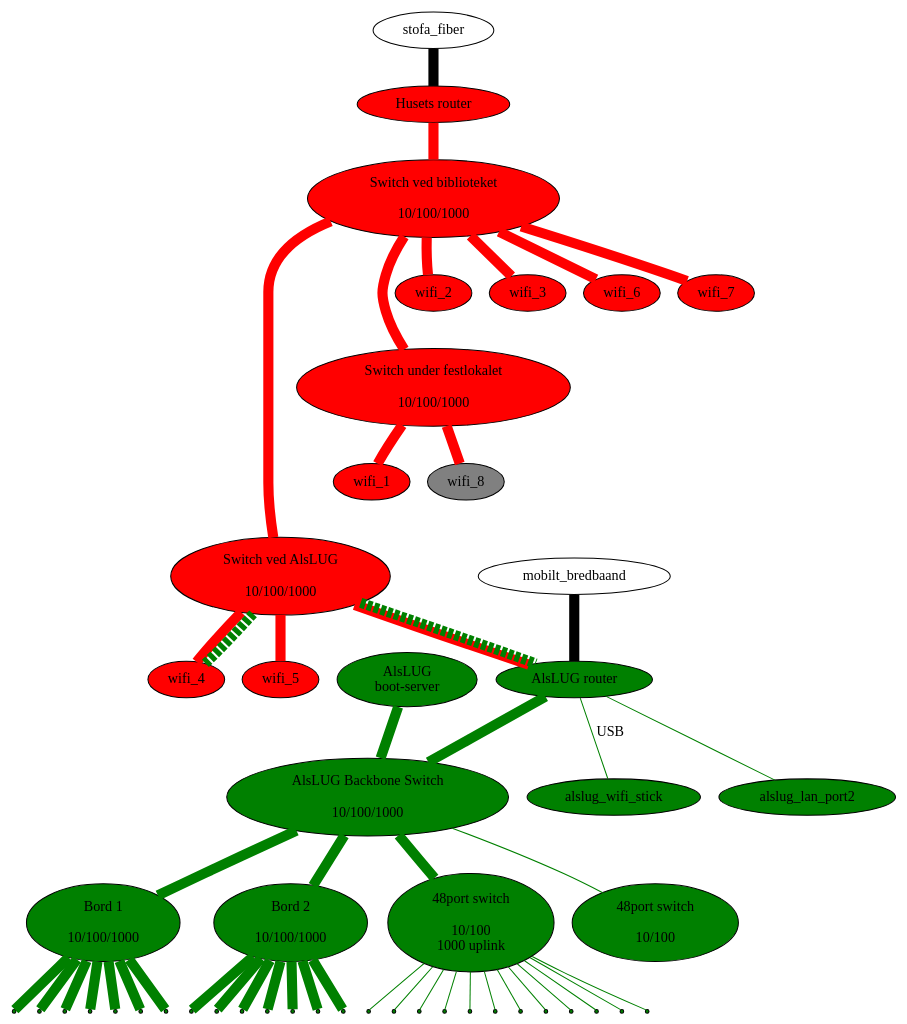
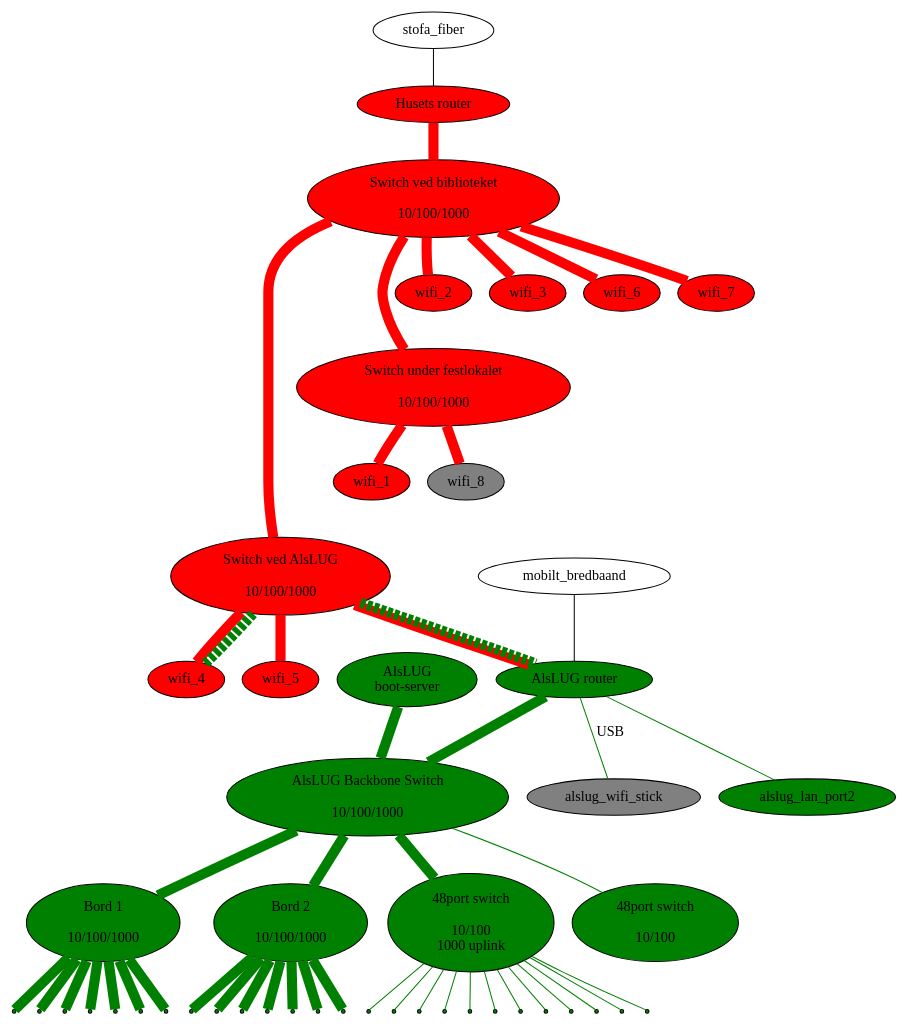
One commit to alslug/alslug.dk changed the diagram in projekter/network.dot. Above: the diagram before and after it, drawn with Graphviz.

```diff
--- a/projekter/network.dot
+++ b/projekter/network.dot
@@ -1,64 +1,66 @@
 digraph xxx {
 #  link_12a [ shape=point ];
 #  link_12b [ shape=point ];
 #  link_12c [ shape=point ];
   edge [ dir=none penwidth=10 ];
 
   node [ style=filled fillcolor=red ];
   husets_router [ label="Husets router" ];
   husets_switch_1 [ label="Switch ved biblioteket\n\n 10/100/1000" ];
   husets_switch_2 [ label="Switch ved AlsLUG\n\n 10/100/1000" ];
   festlokale_switch [ label="Switch under festlokalet\n\n 10/100/1000" ];
   wifi_1 wifi_2 wifi_3 wifi_4 wifi_5 wifi_6 wifi_7;
   wifi_8 [ fillcolor=gray ];
   
   node [ style=filled fillcolor=green ];
   alslug_router [ label="AlsLUG router" ];
   alslug_gl_bootserver [ label="AlsLUG\nboot-server" ];
   alslug_backbone_switch [ label="AlsLUG Backbone Switch\n\n10/100/1000"];
   bord_1 [ label="Bord 1\n\n10/100/1000"];
   bord_2 [ label="Bord 2\n\n10/100/1000"];
   switch_48p [ label="48port switch\n\n10/100\n1000 uplink"];
   switch_48p_poe [ label="48port switch\n\n10/100"];
   alslug_wifi_stick alslug_lan_port2;
   
   node [ style=normal ];
   // Internet forbindelser
-  stofa_fiber      -> husets_router [ fillcolor=black style=filled ];
-  mobilt_bredbaand -> alslug_router [ fillcolor=black style=filled ];
+  stofa_fiber      -> husets_router [ penwidth=1 fillcolor=black style=filled ];
+  mobilt_bredbaand -> alslug_router [ penwidth=1 fillcolor=black style=filled ];
   
   // Husets forbindelser
   edge  [ color=red style=solid ];
   husets_router -> husets_switch_1 -> { wifi_2 wifi_3 wifi_6 wifi_7 };
   husets_switch_1 -> husets_switch_2 -> { wifi_4 wifi_5 alslug_router};
   husets_switch_1 -> festlokale_switch -> { wifi_1 wifi_8 };
 
   // VLAN forbindelser over bakkensbros netværk
   edge  [ color=green style=dashed ];
   husets_switch_2 -> { alslug_router wifi_4 };
-  
+
+  alslug_wifi_stick [ fillcolor=gray style=filled ];
+
   // Interne forbindelser
   edge [ color=green style=solid ];
   {alslug_router,alslug_gl_bootserver} -> alslug_backbone_switch -> { bord_1 bord_2 switch_48p }
-  alslug_router -> alslug_wifi_stick [ penwidth=1 label="USB" fillcolor=gray ];
+  alslug_router -> alslug_wifi_stick [ penwidth=1 label="USB" ];
   alslug_router -> alslug_lan_port2 [ penwidth=1 ];
   alslug_backbone_switch -> switch_48p_poe [ penwidth=1 ];
   
   node [ shape=point ];
   bord_1 -> {
                   bord_1_1 bord_1_2 bord_1_3 bord_1_4
                   bord_1_5 bord_1_6 bord_1_7
                 };
   bord_2 -> {
                   bord_2_1 bord_2_2 bord_2_3 bord_2_4
                   bord_2_5 bord_2_6 bord_2_7
                 };
   switch_48p -> {
                   switch_48p_1 switch_48p_2 switch_48p_3 switch_48p_4
                   switch_48p_5 switch_48p_6 switch_48p_7 switch_48p_8
                   switch_48p_9 switch_48p_10 switch_48p_11 switch_48p_12
                 } [ penwidth=1 ];
   
   edge [ color=invis ];
   husets_switch_1 -> wifi_2 -> festlokale_switch -> wifi_1 -> husets_switch_2;
 }
```
